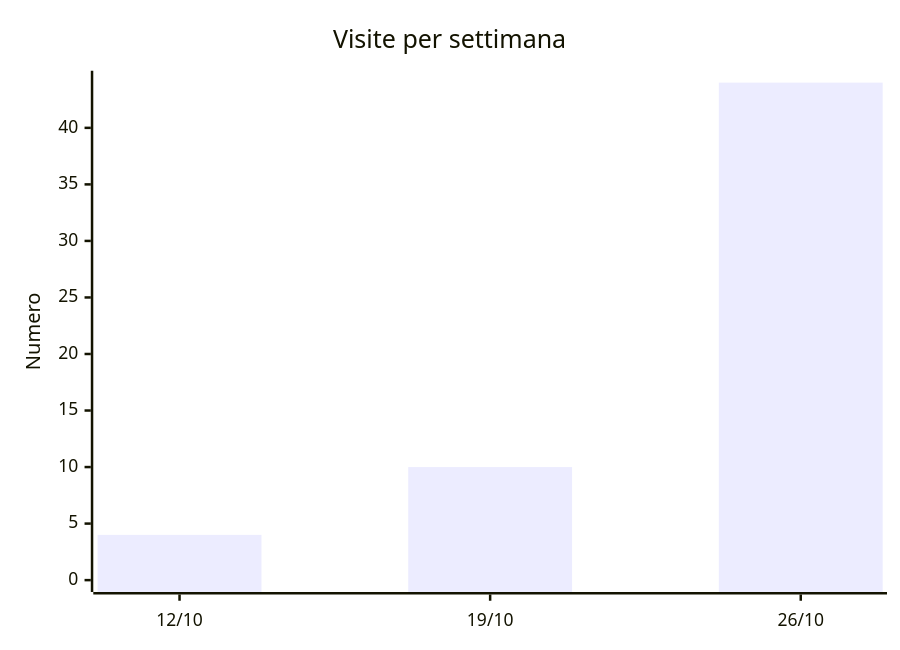
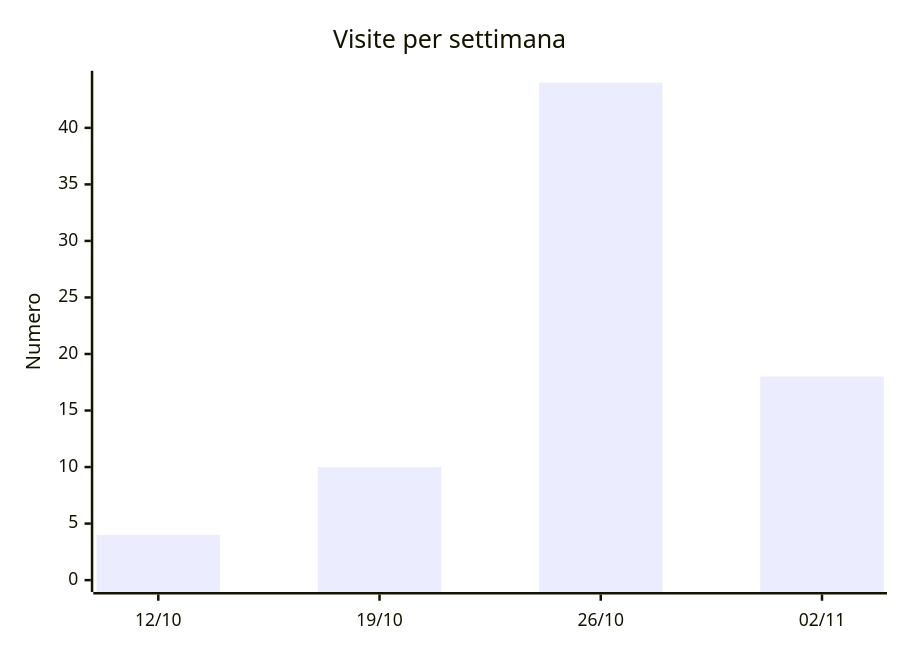
One commit to napo/analisirefertogara changed the second of 2 diagrams in README.md. Above: the diagram before and after it, drawn with Mermaid. The commit also changed other lines of this file and 1 other file, not shown here.

````diff
--- a/README.md
+++ b/README.md
@@ -36,7 +36,7 @@
 ```mermaid
 xychart-beta
   title "Visite per settimana"
-  x-axis ["12/10", "19/10", "26/10"]
+  x-axis ["12/10", "19/10", "26/10", "02/11"]
   y-axis "Numero" 0 --> 44
-  bar [4, 10, 44]
+  bar [4, 10, 44, 18]
 ```
````
